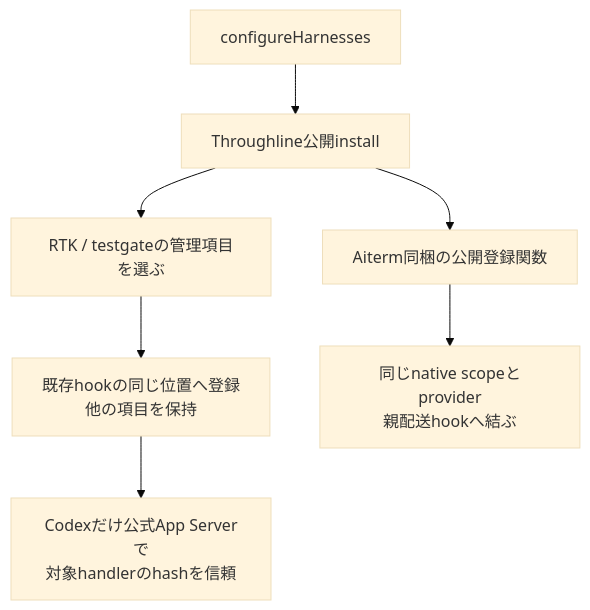
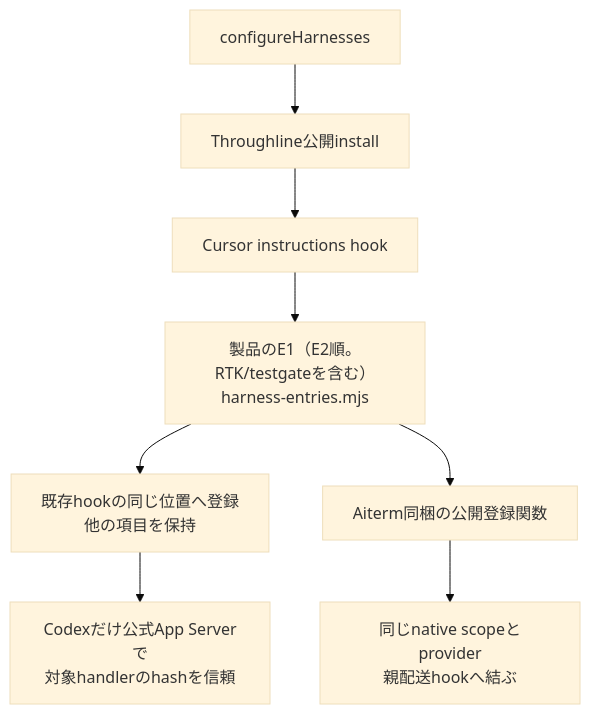
One commit to kitepon/BellTeam changed the third of 5 diagrams in docs/architecture/modules/runtime/cli-registration.md. Above: the diagram before and after it, drawn with Mermaid (base theme). The commit also changed other lines of this file and 13 other files, not shown here.

````diff
--- a/docs/architecture/modules/runtime/cli-registration.md
+++ b/docs/architecture/modules/runtime/cli-registration.md
@@ -75,9 +75,10 @@
 ```mermaid
 flowchart TD
   Config["configureHarnesses"] --> Throughline["Throughline公開install"]
-  Throughline --> RTK["RTK / testgateの管理項目を選ぶ"]
-  RTK --> Merge["既存hookの同じ位置へ登録<br/>他の項目を保持"]
+  Throughline --> Cursor["Cursor instructions hook"]
+  Cursor --> Products["製品のE1（E2順。RTK/testgateを含む）<br/>harness-entries.mjs"]
+  Products --> Merge["既存hookの同じ位置へ登録<br/>他の項目を保持"]
   Merge --> Trust["Codexだけ公式App Serverで<br/>対象handlerのhashを信頼"]
-  Throughline --> Aiterm["Aiterm同梱の公開登録関数"]
+  Products --> Aiterm["Aiterm同梱の公開登録関数"]
   Aiterm --> Scope["同じnative scopeとprovider<br/>親配送hookへ結ぶ"]
 ```
````
